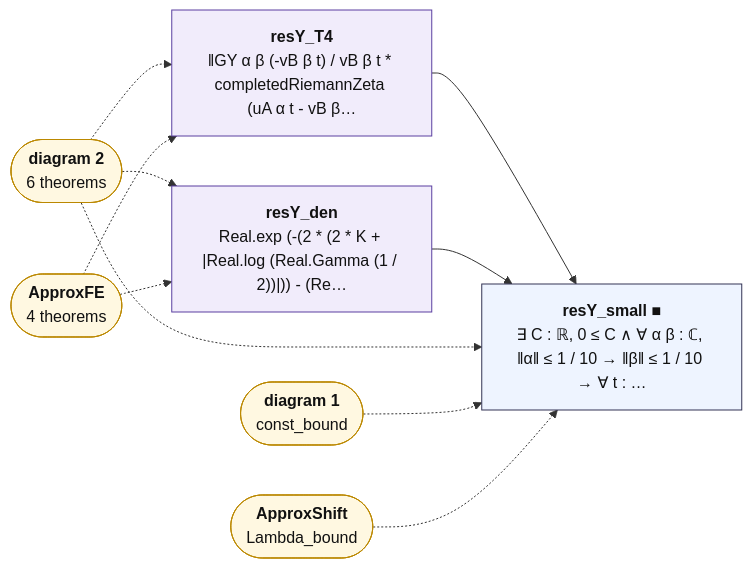
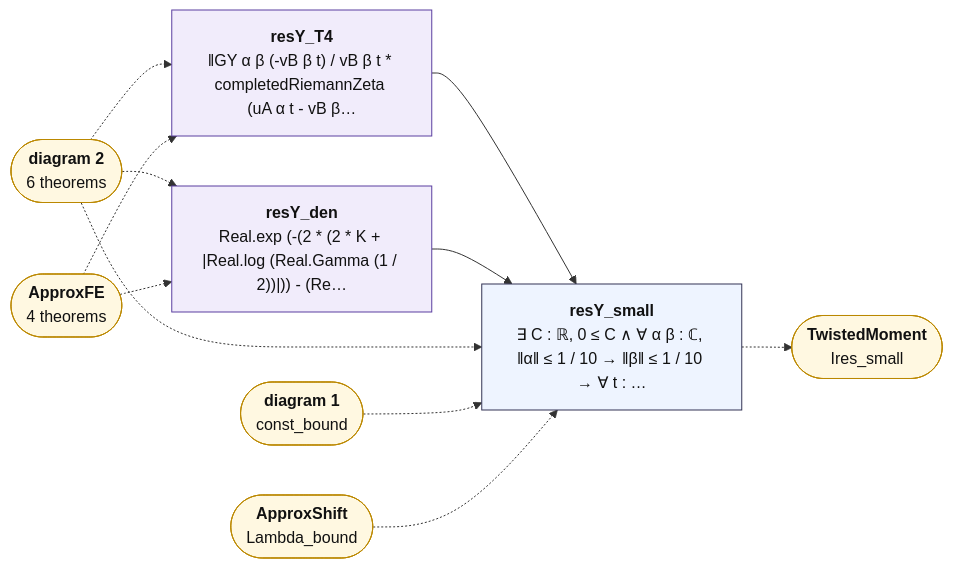
Before and after one commit to juliansambranojr/Primebeat_081426: the third of 3 diagrams in map/lean_stage3/ApproxBounds.md, drawn with Mermaid. The commit also changed other lines of this file and 32 other files, not shown here.

````diff
--- a/map/lean_stage3/ApproxBounds.md
+++ b/map/lean_stage3/ApproxBounds.md
@@ -203,27 +209,29 @@
 ```mermaid
 flowchart LR
   n0["<b>resY_T4</b><br/>‖GY α β (-vB β t) / vB β t * completedRiemannZeta (uA α t - vB β…"]:::shp
   n1["<b>resY_den</b><br/>Real.exp (-(2 * (2 * K + |Real.log (Real.Gamma (1 / 2))|)) - (Re…"]:::shp
-  n2["<b>resY_small ■</b><br/>∃ C : ℝ, 0 ≤ C ∧ ∀ α β : ℂ, ‖α‖ ≤ 1 / 10 → ‖β‖ ≤ 1 / 10 → ∀ t : …"]:::thm
+  n2["<b>resY_small</b><br/>∃ C : ℝ, 0 ≤ C ∧ ∀ α β : ℂ, ‖α‖ ≤ 1 / 10 → ‖β‖ ≤ 1 / 10 → ∀ t : …"]:::thm
   x0(["<b>diagram 2</b><br/>6 theorems"]):::ext
   x1(["<b>ApproxFE</b><br/>4 theorems"]):::ext
   x2(["<b>diagram 1</b><br/>const_bound"]):::ext
   x3(["<b>ApproxShift</b><br/>Lambda_bound"]):::ext
+  x4(["<b>TwistedMoment</b><br/>Ires_small"]):::ext
   n0 --> n2
   n1 --> n2
+  n2 -.-> x4
   x0 -.-> n0
   x0 -.-> n1
   x0 -.-> n2
   x1 -.-> n0
   x1 -.-> n1
   x2 -.-> n2
   x3 -.-> n2
   classDef cnt fill:#dff5ec,stroke:#17694a,color:#111
   classDef shp fill:#f1ecfb,stroke:#5b3fa0,color:#111
   classDef rh fill:#ffe5e5,stroke:#c22,color:#111,stroke-width:2px
   classDef thm fill:#eef4ff,stroke:#335,color:#111
   classDef end_ fill:#e7f7e7,stroke:#2a7,color:#111,stroke-width:2px
   classDef lone fill:#fff,stroke:#999,color:#111,stroke-dasharray:4 3
   classDef bad fill:#ffe5e5,stroke:#c22,color:#111,stroke-width:2px
   classDef ext fill:#fff8e1,stroke:#b80,color:#111
 ```
````
